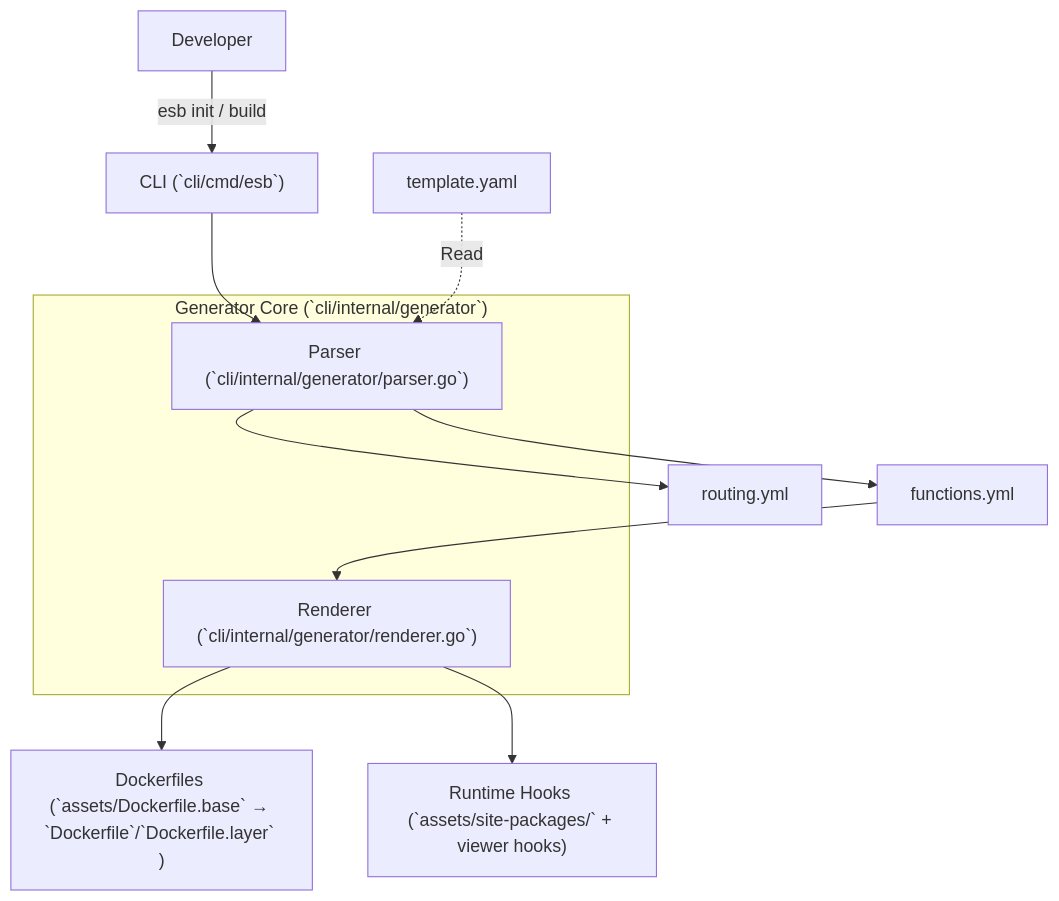
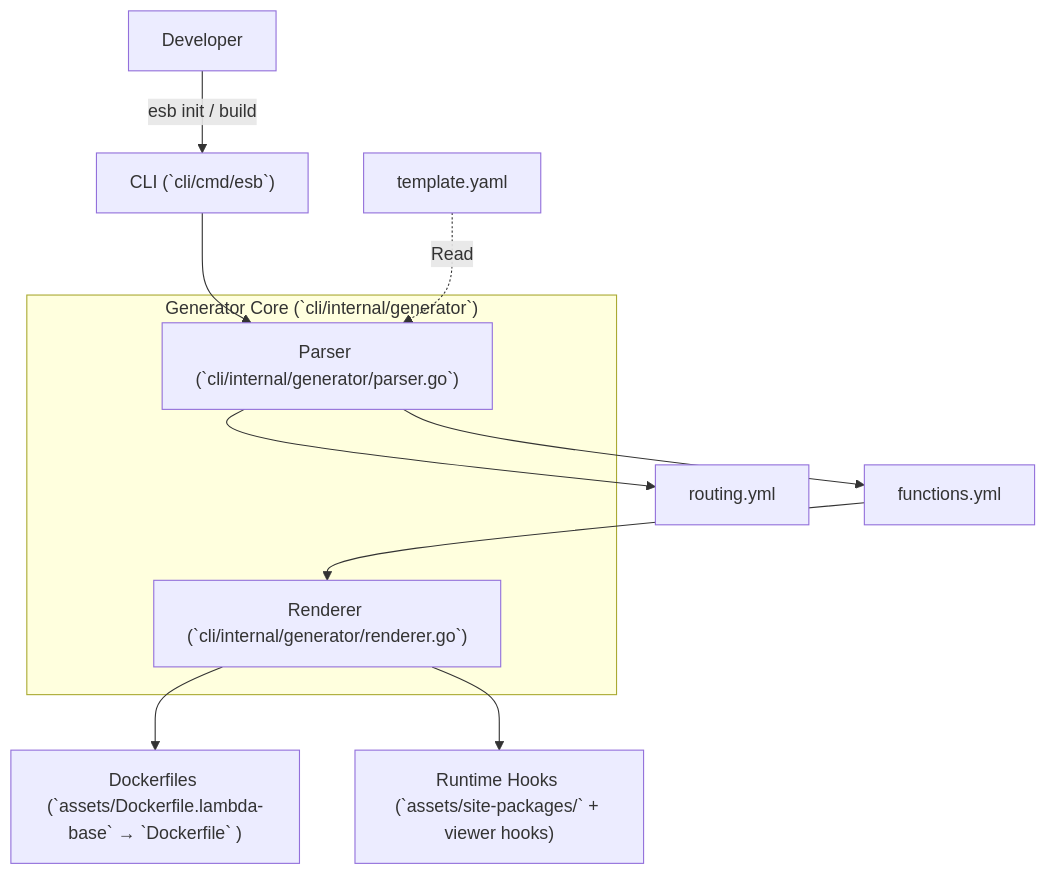
One commit to poruru-code/esb changed the diagram in docs/generator-architecture.md. Above: the diagram before and after it, drawn with Mermaid. The commit also changed other lines of this file and 17 other files, not shown here.

````diff
--- a/docs/generator-architecture.md
+++ b/docs/generator-architecture.md
@@ -10,21 +10,21 @@
 ```mermaid
 flowchart TD
     User["Developer"] -->|"esb init / build"| CLI["CLI (`cli/cmd/esb`)"]
     
     CLI --> Parser["Parser (`cli/internal/generator/parser.go`)"]
     
     subgraph GeneratorCore ["Generator Core (`cli/internal/generator`)"]
         Parser
         Renderer["Renderer (`cli/internal/generator/renderer.go`)"]
     end
     
     SAM["template.yaml"] -.->|Read| Parser
     
     Parser --> Routing["routing.yml"]
     Parser --> Functions["functions.yml"]
     
     Functions --> Renderer
     
-    Renderer --> Dockerfiles["Dockerfiles (`assets/Dockerfile.base` → `Dockerfile`/`Dockerfile.layer` )"]
+    Renderer --> Dockerfiles["Dockerfiles (`assets/Dockerfile.lambda-base` → `Dockerfile` )"]
     Renderer --> RuntimeHooks["Runtime Hooks (`assets/site-packages/` + viewer hooks)"]
 ```
````
